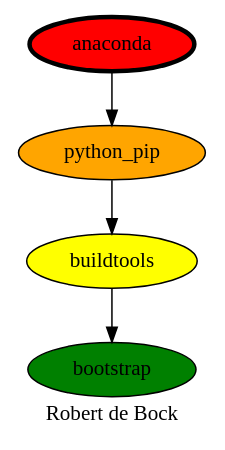
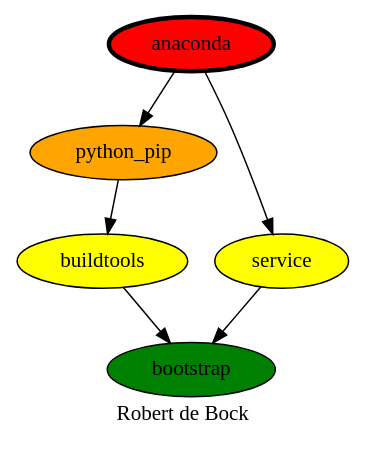
Before and after one commit to robertdebock/drawings: the diagram in anaconda.dot, drawn with Graphviz. The commit also changed 7 other files, not shown here.

```diff
--- a/anaconda.dot
+++ b/anaconda.dot
@@ -1,13 +1,14 @@
 digraph PhiloDilemma {
   label = "Robert de Bock" ;
   overlap=false
   {
     bootstrap [fillcolor=green style=filled]
     buildtools [fillcolor=yellow style=filled]
     "python_pip" [fillcolor=orange style=filled]
     anaconda [fillcolor=red style=filled penwidth=3]
+    service [fillcolor=yellow style=filled]
   }
-  buildtools -> bootstrap
+  {buildtools service} -> bootstrap
   "python_pip" -> buildtools
-  anaconda -> "python_pip"
+  anaconda -> {"python_pip" service}
 }
```
